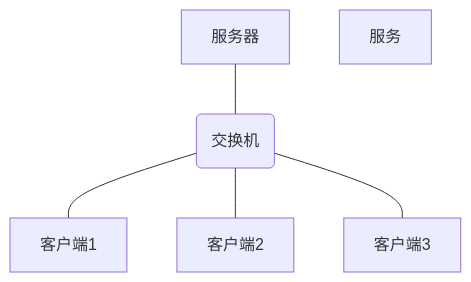
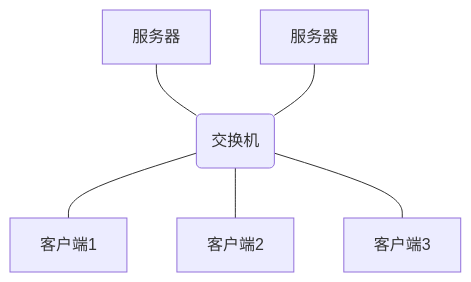
Before and after one commit to googlelxhgithub/iodraw-files: the diagram in all/未命名-1.md, drawn with Mermaid.

Commit message:
2024-09-03 17:04:42 update

````diff
--- a/all/未命名-1.md
+++ b/all/未命名-1.md
@@ -1,9 +1,9 @@
 ```mermaid
 graph TD
     A[服务器] --- B(交换机)
-    F[服务]
+    F[服务器] --- B
     B --- C[客户端1]
     B --- D[客户端2]
     B --- E[客户端3]
   
 ```
````
